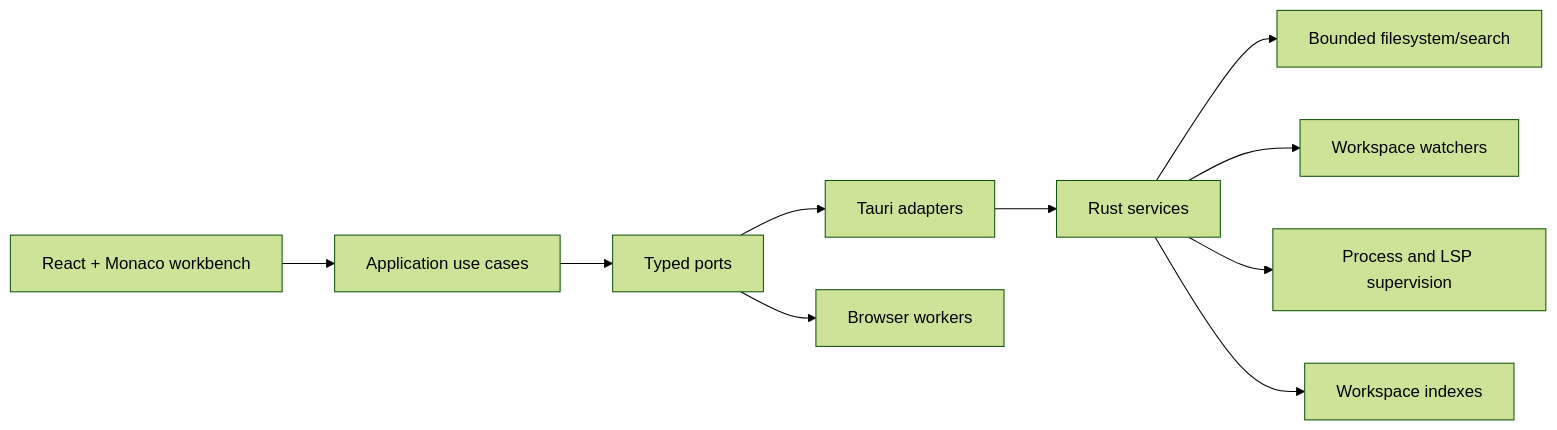
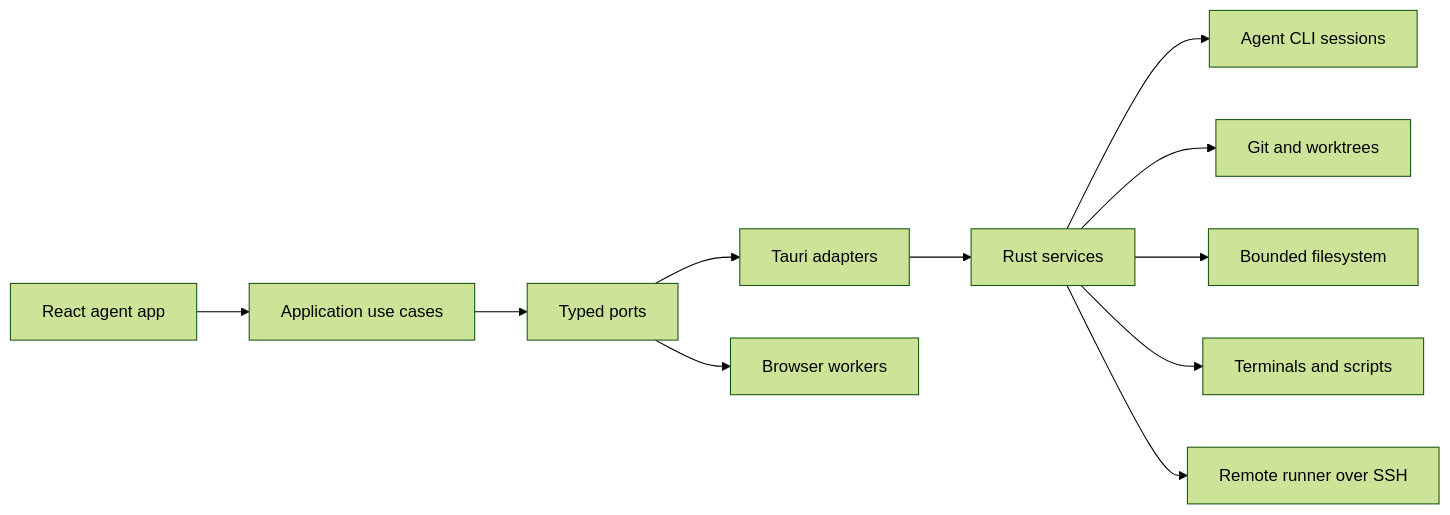
One commit to MatusMockor/codevo-editor changed the diagram in docs/PROJECT_PLAN.md. Above: the diagram before and after it, drawn with Mermaid (forest theme). The commit also changed other lines of this file and 2952 other files, not shown here.

````diff
--- a/docs/PROJECT_PLAN.md
+++ b/docs/PROJECT_PLAN.md
@@ -44,12 +45,13 @@
 ```mermaid
 flowchart LR
-    UI["React + Monaco workbench"] --> APP["Application use cases"]
+    UI["React agent app"] --> APP["Application use cases"]
     APP --> PORTS["Typed ports"]
     PORTS --> TAURI["Tauri adapters"]
     PORTS --> WORKERS["Browser workers"]
     TAURI --> RUST["Rust services"]
-    RUST --> FS["Bounded filesystem/search"]
-    RUST --> WATCH["Workspace watchers"]
-    RUST --> PROC["Process and LSP supervision"]
-    RUST --> INDEX["Workspace indexes"]
+    RUST --> AGENTS["Agent CLI sessions"]
+    RUST --> GIT["Git and worktrees"]
+    RUST --> FS["Bounded filesystem"]
+    RUST --> PROC["Terminals and scripts"]
+    RUST --> RUNNER["Remote runner over SSH"]
 ```
````
